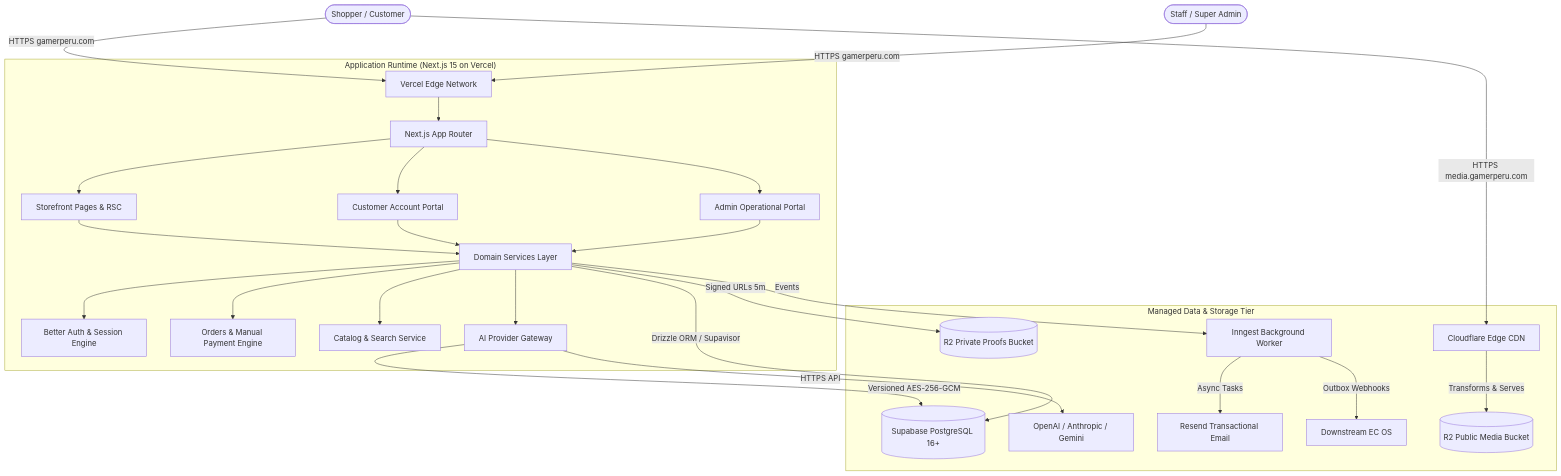
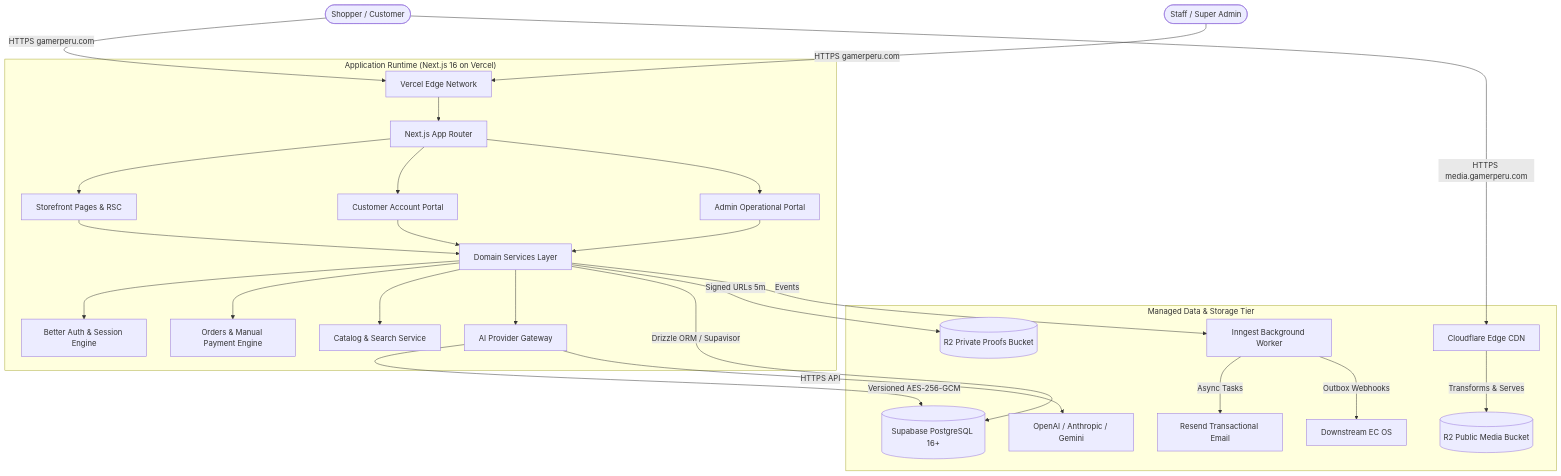
One commit to SaeBryxn/GamerPeru-Vercel changed the first of 2 diagrams in docs/architecture/TECHNOLOGY_ARCHITECTURE.md. Above: the diagram before and after it, drawn with Mermaid. The commit also changed other lines of this file and 9 other files, not shown here.

Commit message:
docs: finalize GP-003 production architecture facts

````diff
--- a/docs/architecture/TECHNOLOGY_ARCHITECTURE.md
+++ b/docs/architecture/TECHNOLOGY_ARCHITECTURE.md
@@ -102,33 +102,33 @@
 ```mermaid
 graph TD
     User([Shopper / Customer]) -->|HTTPS gamerperu.com| VercelEdge[Vercel Edge Network]
     User -->|HTTPS media.gamerperu.com| CFEdge[Cloudflare Edge CDN]
     Admin([Staff / Super Admin]) -->|HTTPS gamerperu.com| VercelEdge
     
-    subgraph "Application Runtime (Next.js 15 on Vercel)"
+    subgraph "Application Runtime (Next.js 16 on Vercel)"
         VercelEdge --> AppRouter[Next.js App Router]
         AppRouter --> Storefront[Storefront Pages & RSC]
         AppRouter --> CustomerHub[Customer Account Portal]
         AppRouter --> AdminPortal[Admin Operational Portal]
         
         Storefront --> DomainServices[Domain Services Layer]
         CustomerHub --> DomainServices
         AdminPortal --> DomainServices
         
         DomainServices --> AuthModule[Better Auth & Session Engine]
         DomainServices --> OrderModule[Orders & Manual Payment Engine]
         DomainServices --> CatalogModule[Catalog & Search Service]
         DomainServices --> AIGateway[AI Provider Gateway]
     end
     
     subgraph "Managed Data & Storage Tier"
         DomainServices -->|Drizzle ORM / Supavisor| SupabaseDB[(Supabase PostgreSQL 16+)]
         CFEdge -->|Transforms & Serves| R2Public[(R2 Public Media Bucket)]
         DomainServices -->|Signed URLs 5m| R2Private[(R2 Private Proofs Bucket)]
         DomainServices -->|Events| Inngest[Inngest Background Worker]
         AIGateway -->|Versioned AES-256-GCM| SupabaseDB
         AIGateway -->|HTTPS API| LLMs[OpenAI / Anthropic / Gemini]
         Inngest -->|Async Tasks| Resend[Resend Transactional Email]
         Inngest -->|Outbox Webhooks| ECOS[Downstream EC OS]
     end
 ```
````
